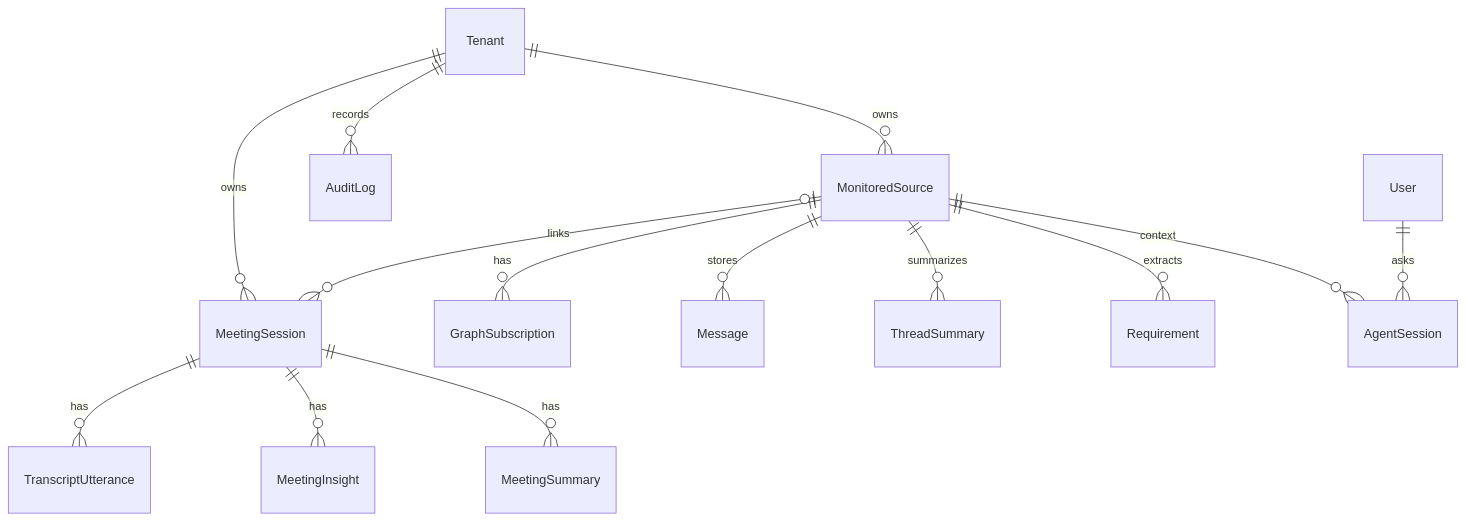
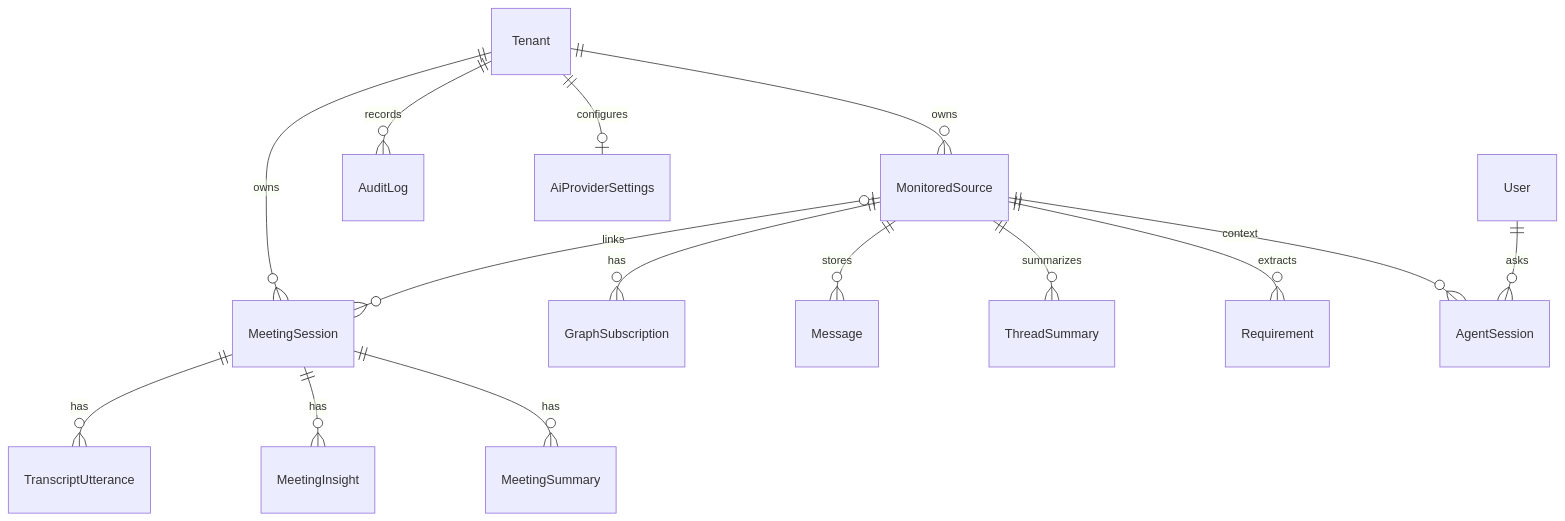
The second of 2 diagrams in docs/architecture.md (phanbaohuy96/context-pilot), drawn with Mermaid before and after one commit. The commit also changed other lines of this file and 30 other files, not shown here.

Commit message:
Add AI provider settings dashboard

````diff
--- a/docs/architecture.md
+++ b/docs/architecture.md
@@ -82,16 +83,17 @@
 ```mermaid
 erDiagram
   Tenant ||--o{ MonitoredSource : owns
   Tenant ||--o{ MeetingSession : owns
   Tenant ||--o{ AuditLog : records
+  Tenant ||--o| AiProviderSettings : configures
   MonitoredSource ||--o{ GraphSubscription : has
   MonitoredSource ||--o{ Message : stores
   MonitoredSource ||--o{ ThreadSummary : summarizes
   MonitoredSource ||--o{ Requirement : extracts
   MonitoredSource ||--o{ AgentSession : context
   MonitoredSource |o--o{ MeetingSession : links
   MeetingSession ||--o{ TranscriptUtterance : has
   MeetingSession ||--o{ MeetingInsight : has
   MeetingSession ||--o{ MeetingSummary : has
   User ||--o{ AgentSession : asks
 ```
````
